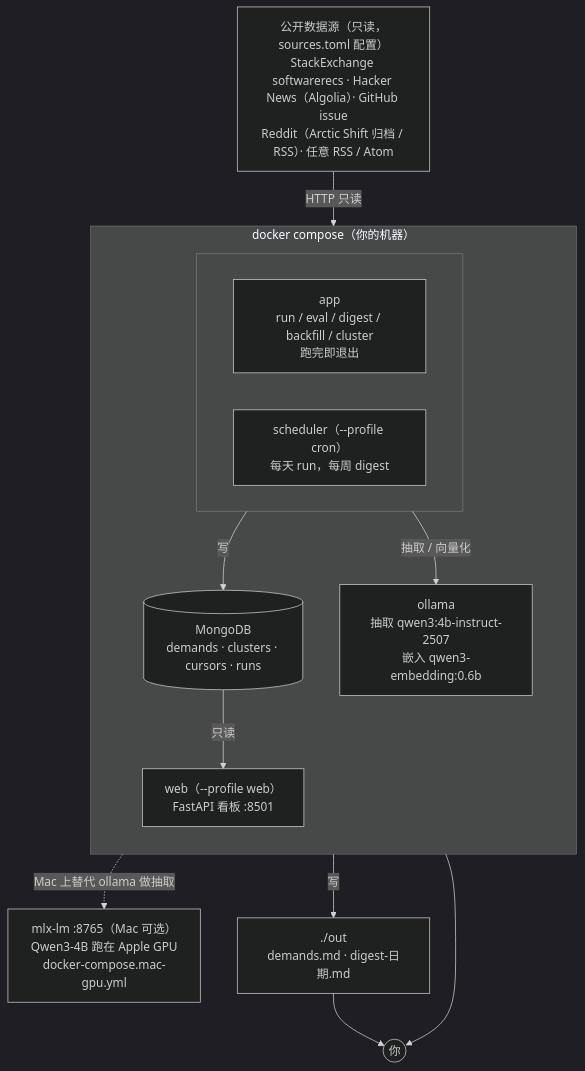
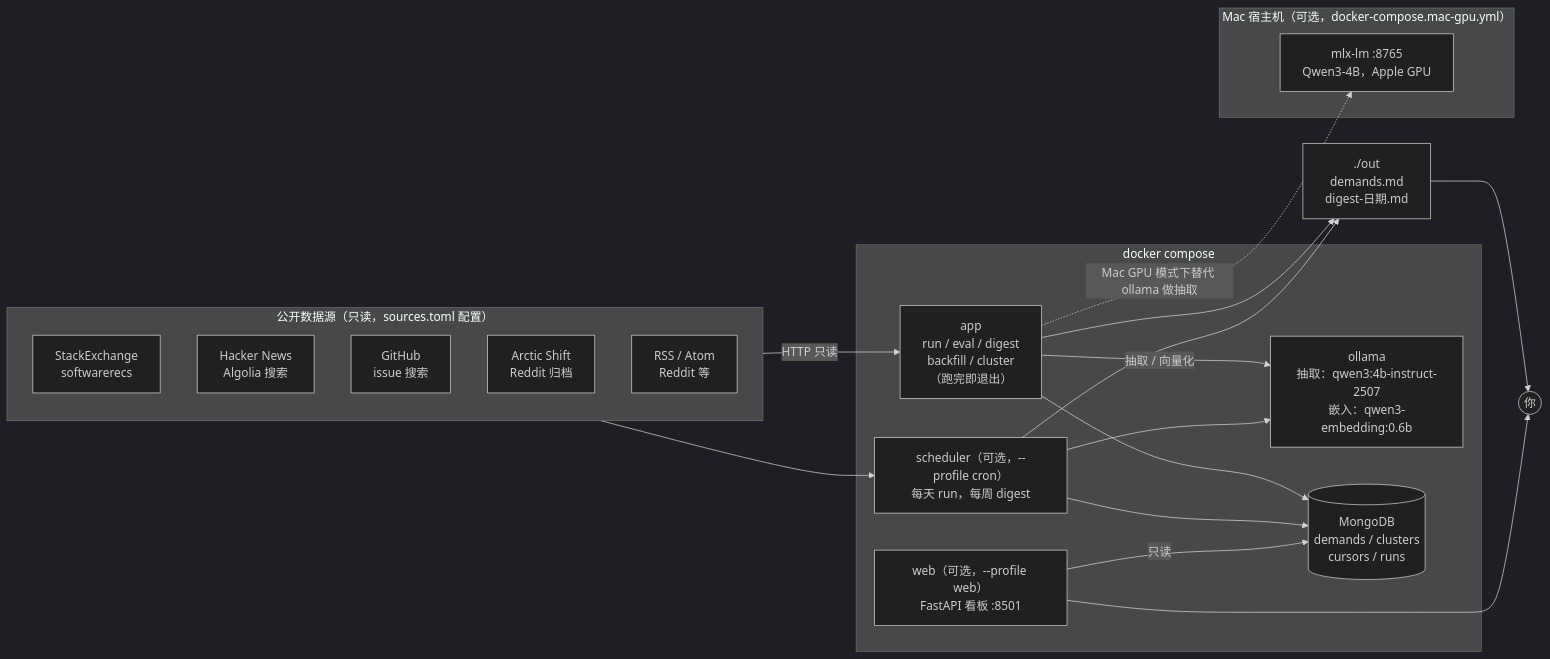
The first of 4 diagrams in demand-radar/docs/architecture.md (nanmuyao-tools/see), drawn with Mermaid (dark theme) before and after one commit. The commit also changed other lines of this file and 2 other files, not shown here.

Commit message:
docs: 架构图的部署架构和代码模块两张换回初稿版式
按用户选择：部署架构恢复从左到右、五个数据源分框的版本；代码模块恢复以 cli.py 为中心的依赖图。
源码和图片同步替换。

````diff
--- a/demand-radar/docs/architecture.md
+++ b/demand-radar/docs/architecture.md
@@ -19,29 +19,38 @@
 ```mermaid
-flowchart TB
-    EXT["公开数据源（只读，sources.toml 配置）<br/>StackExchange softwarerecs · Hacker News（Algolia）· GitHub issue<br/>Reddit（Arctic Shift 归档 / RSS）· 任意 RSS / Atom"]
-
-    subgraph DC["docker compose（你的机器）"]
-        direction TB
-        subgraph RUNNERS[" "]
-            direction LR
-            APP["app<br/>run / eval / digest / backfill / cluster<br/>跑完即退出"]
-            SCH["scheduler（--profile cron）<br/>每天 run，每周 digest"]
-        end
-        OLL["ollama<br/>抽取 qwen3:4b-instruct-2507<br/>嵌入 qwen3-embedding:0.6b"]
-        MDB[("MongoDB<br/>demands · clusters · cursors · runs")]
-        WEB["web（--profile web）<br/>FastAPI 看板 :8501"]
+flowchart LR
+    subgraph EXT["公开数据源（只读，sources.toml 配置）"]
+        SE["StackExchange<br/>softwarerecs"]
+        HN["Hacker News<br/>Algolia 搜索"]
+        GH["GitHub<br/>issue 搜索"]
+        AS["Arctic Shift<br/>Reddit 归档"]
+        RSS["RSS / Atom<br/>Reddit 等"]
     end
 
-    MLX["mlx-lm :8765（Mac 可选）<br/>Qwen3-4B 跑在 Apple GPU<br/>docker-compose.mac-gpu.yml"]
-    OUT["./out<br/>demands.md · digest-日期.md"]
+    subgraph DC["docker compose"]
+        APP["app<br/>run / eval / digest<br/>backfill / cluster<br/>（跑完即退出）"]
+        SCH["scheduler（可选，--profile cron）<br/>每天 run，每周 digest"]
+        WEB["web（可选，--profile web）<br/>FastAPI 看板 :8501"]
+        OLL["ollama<br/>抽取：qwen3:4b-instruct-2507<br/>嵌入：qwen3-embedding:0.6b"]
+        MDB[("MongoDB<br/>demands / clusters<br/>cursors / runs")]
+    end
+
+    subgraph HOST["Mac 宿主机（可选，docker-compose.mac-gpu.yml）"]
+        MLX["mlx-lm :8765<br/>Qwen3-4B，Apple GPU"]
+    end
+
+    OUT["./out<br/>demands.md<br/>digest-日期.md"]
     USER(("你"))
 
-    EXT -->|HTTP 只读| RUNNERS
-    RUNNERS -->|抽取 / 向量化| OLL
-    RUNNERS -.->|Mac 上替代 ollama 做抽取| MLX
-    RUNNERS -->|写| MDB
-    RUNNERS -->|写| OUT
-    MDB -->|只读| WEB
+    EXT -->|HTTP 只读| APP
+    EXT --> SCH
+    APP -->|抽取 / 向量化| OLL
+    SCH --> OLL
+    APP -.->|Mac GPU 模式下替代 ollama 做抽取| MLX
+    APP --> MDB
+    SCH --> MDB
+    WEB -->|只读| MDB
+    APP --> OUT
+    SCH --> OUT
     OUT --> USER
     WEB --> USER
 ```
````
